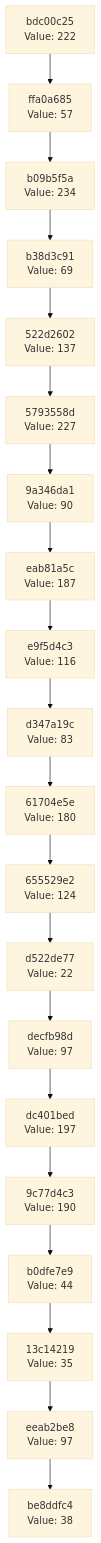
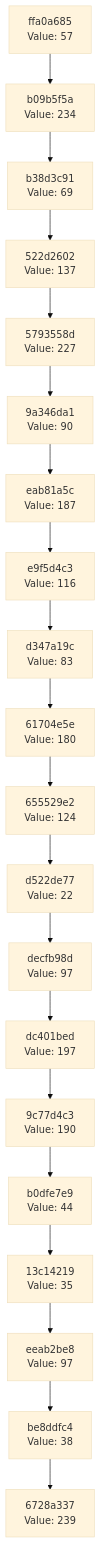
One commit to Abhisheksinha1506/hash-chain-evolver changed the diagram in docs/CHAIN_VISUALIZATION.md. Above: the diagram before and after it, drawn with Mermaid (base theme). The commit also changed 2 other files, not shown here.

Commit message:
Evolution Step

````diff
--- a/docs/CHAIN_VISUALIZATION.md
+++ b/docs/CHAIN_VISUALIZATION.md
@@ -3,42 +3,42 @@
 ```mermaid
 graph TD
-    C0["be8ddfc4<br/>Value: 38"]
-    C1["eeab2be8<br/>Value: 97"]
+    C0["6728a337<br/>Value: 239"]
+    C1["be8ddfc4<br/>Value: 38"]
     C1 --> C0
-    C2["13c14219<br/>Value: 35"]
+    C2["eeab2be8<br/>Value: 97"]
     C2 --> C1
-    C3["b0dfe7e9<br/>Value: 44"]
+    C3["13c14219<br/>Value: 35"]
     C3 --> C2
-    C4["9c77d4c3<br/>Value: 190"]
+    C4["b0dfe7e9<br/>Value: 44"]
     C4 --> C3
-    C5["dc401bed<br/>Value: 197"]
+    C5["9c77d4c3<br/>Value: 190"]
     C5 --> C4
-    C6["decfb98d<br/>Value: 97"]
+    C6["dc401bed<br/>Value: 197"]
     C6 --> C5
-    C7["d522de77<br/>Value: 22"]
+    C7["decfb98d<br/>Value: 97"]
     C7 --> C6
-    C8["655529e2<br/>Value: 124"]
+    C8["d522de77<br/>Value: 22"]
     C8 --> C7
-    C9["61704e5e<br/>Value: 180"]
+    C9["655529e2<br/>Value: 124"]
     C9 --> C8
-    C10["d347a19c<br/>Value: 83"]
+    C10["61704e5e<br/>Value: 180"]
     C10 --> C9
-    C11["e9f5d4c3<br/>Value: 116"]
+    C11["d347a19c<br/>Value: 83"]
     C11 --> C10
-    C12["eab81a5c<br/>Value: 187"]
+    C12["e9f5d4c3<br/>Value: 116"]
     C12 --> C11
-    C13["9a346da1<br/>Value: 90"]
+    C13["eab81a5c<br/>Value: 187"]
     C13 --> C12
-    C14["5793558d<br/>Value: 227"]
+    C14["9a346da1<br/>Value: 90"]
     C14 --> C13
-    C15["522d2602<br/>Value: 137"]
+    C15["5793558d<br/>Value: 227"]
     C15 --> C14
-    C16["b38d3c91<br/>Value: 69"]
+    C16["522d2602<br/>Value: 137"]
     C16 --> C15
-    C17["b09b5f5a<br/>Value: 234"]
+    C17["b38d3c91<br/>Value: 69"]
     C17 --> C16
-    C18["ffa0a685<br/>Value: 57"]
+    C18["b09b5f5a<br/>Value: 234"]
     C18 --> C17
-    C19["bdc00c25<br/>Value: 222"]
+    C19["ffa0a685<br/>Value: 57"]
     C19 --> C18
 ```
````
